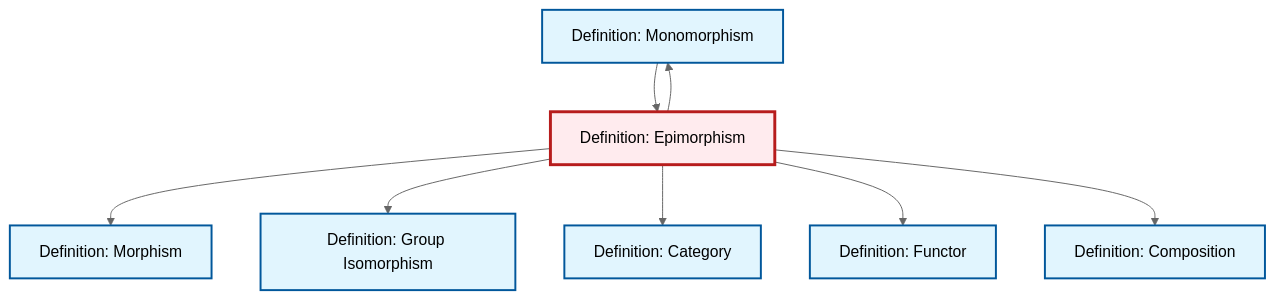
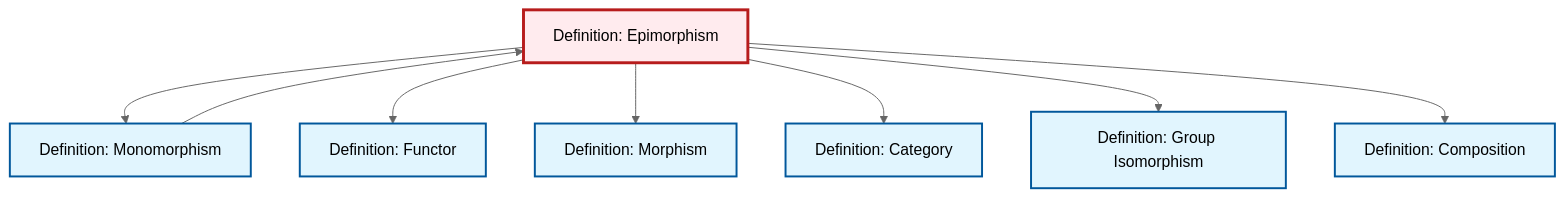
The diagram in content/ja/category-theory/def-epimorphism.qmd (RK0429/ModernMath), drawn with Mermaid (neutral theme) before and after one commit. The commit also changed other lines of this file and 634 other files, not shown here.

````diff
--- a/content/ja/category-theory/def-epimorphism.qmd
+++ b/content/ja/category-theory/def-epimorphism.qmd
@@ -97,30 +97,30 @@
 ```{mermaid}
 %%| fig-cap: "Local dependency graph"
 graph TD
     classDef definition fill:#e1f5fe,stroke:#01579b,stroke-width:2px
     classDef theorem fill:#f3e5f5,stroke:#4a148c,stroke-width:2px
     classDef axiom fill:#fff3e0,stroke:#e65100,stroke-width:2px
     classDef example fill:#e8f5e9,stroke:#1b5e20,stroke-width:2px
     classDef current fill:#ffebee,stroke:#b71c1c,stroke-width:3px
+    def-category["Definition: Category"]:::definition
     def-composition["Definition: Composition"]:::definition
+    def-epimorphism["Definition: Epimorphism"]:::definition
+    def-monomorphism["Definition: Monomorphism"]:::definition
+    def-isomorphism["Definition: Group Isomorphism"]:::definition
+    def-morphism["Definition: Morphism"]:::definition
     def-functor["Definition: Functor"]:::definition
-    def-monomorphism["Definition: Monomorphism"]:::definition
-    def-epimorphism["Definition: Epimorphism"]:::definition
-    def-morphism["Definition: Morphism"]:::definition
-    def-isomorphism["Definition: Group Isomorphism"]:::definition
-    def-category["Definition: Category"]:::definition
+    def-epimorphism --> def-monomorphism
+    def-epimorphism --> def-functor
     def-epimorphism --> def-morphism
     def-monomorphism --> def-epimorphism
+    def-epimorphism --> def-category
     def-epimorphism --> def-isomorphism
-    def-epimorphism --> def-category
-    def-epimorphism --> def-functor
     def-epimorphism --> def-composition
-    def-epimorphism --> def-monomorphism
     class def-epimorphism current
+    click def-category "def-category.html" "Definition: Categoryへ"
     click def-composition "def-composition.html" "Definition: Compositionへ"
+    click def-monomorphism "def-monomorphism.html" "Definition: Monomorphismへ"
+    click def-isomorphism "def-isomorphism.html" "Definition: Group Isomorphismへ"
+    click def-morphism "def-morphism.html" "Definition: Morphismへ"
     click def-functor "def-functor.html" "Definition: Functorへ"
-    click def-monomorphism "def-monomorphism.html" "Definition: Monomorphismへ"
-    click def-morphism "def-morphism.html" "Definition: Morphismへ"
-    click def-isomorphism "def-isomorphism.html" "Definition: Group Isomorphismへ"
-    click def-category "def-category.html" "Definition: Categoryへ"
 ```
````
